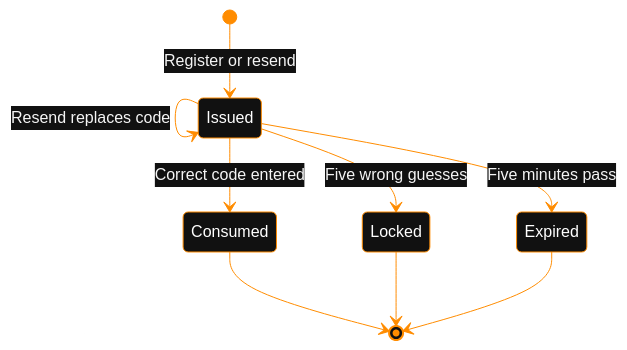
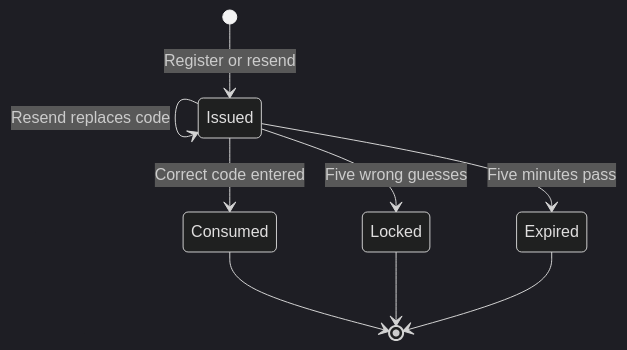
One commit to samroz-burhan/authentication-system-backend changed diagram 12 of 13 in README.md. Above: the diagram before and after it, drawn with Mermaid. The commit also changed other lines of this file, not shown here.

````diff
--- a/README.md
+++ b/README.md
@@ -557,12 +557,12 @@
 ```mermaid
-%%{init: {'theme': 'base', 'themeVariables': {'background': '#000000', 'primaryColor': '#111111', 'primaryTextColor': '#ffffff', 'primaryBorderColor': '#ff8c00', 'lineColor': '#ff8c00', 'secondaryColor': '#181818', 'tertiaryColor': '#222222', 'textColor': '#f5f5f5', 'mainBkg': '#111111', 'nodeBorder': '#ff8c00', 'clusterBkg': '#080808', 'clusterBorder': '#666666', 'titleColor': '#ffffff', 'edgeLabelBackground': '#111111', 'stateBkg': '#111111', 'stateBorder': '#ff8c00', 'stateLabelColor': '#ffffff', 'transitionColor': '#ff8c00'}}}%%
+%%{init: {"theme": "dark"}}%%
 stateDiagram-v2
     [*] --> Issued: Register or resend
     Issued --> Issued: Resend replaces code
     Issued --> Consumed: Correct code entered
     Issued --> Locked: Five wrong guesses
     Issued --> Expired: Five minutes pass
     Consumed --> [*]
     Locked --> [*]
     Expired --> [*]
 ```
````
